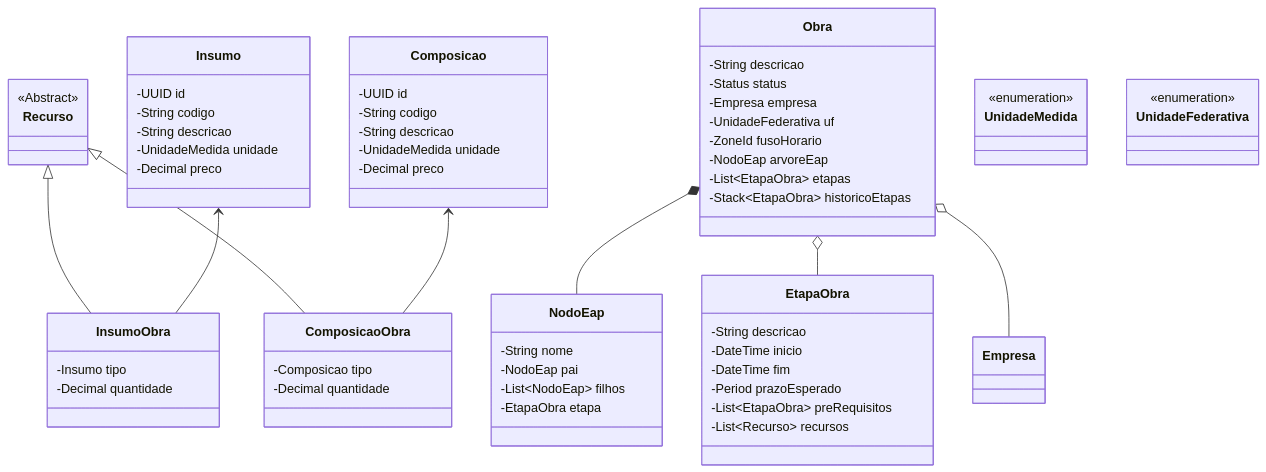
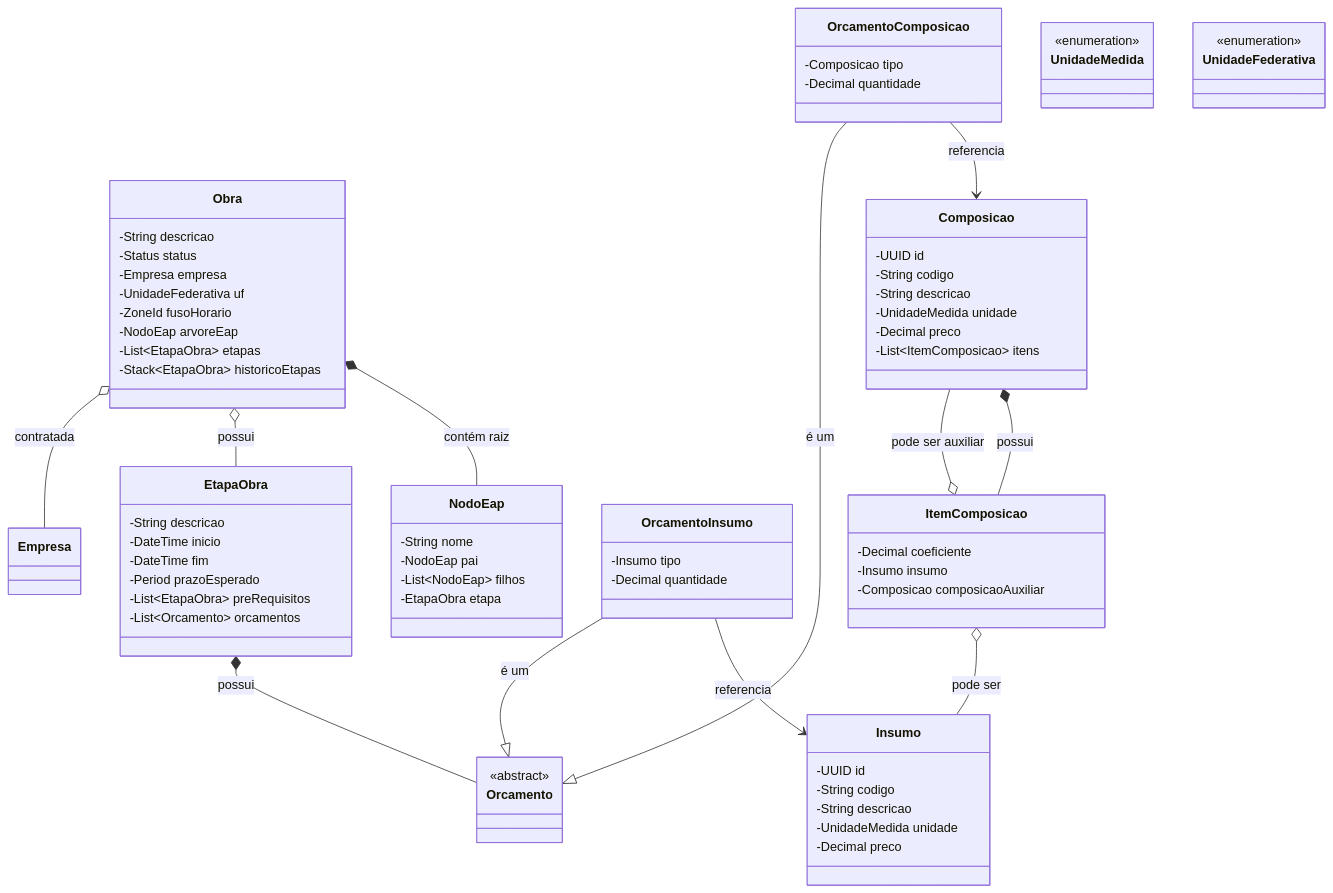
The diagram in api/docs/classes.mmd (aldcejam/concordia), drawn with Mermaid before and after one commit.

Commit message:
docs: aprimora diagrama de classes

```diff
--- a/api/docs/classes.mmd
+++ b/api/docs/classes.mmd
@@ -1,76 +1,91 @@
 classDiagram
-    Recurso <|-- InsumoObra
-    Recurso <|-- ComposicaoObra
-    Obra *-- NodoEap
-    Obra o-- EtapaObra
-    Insumo <-- InsumoObra
-    Composicao <-- ComposicaoObra
-    Obra o-- Empresa
+    Obra *-- NodoEap : contém raiz
+    Obra o-- EtapaObra : possui
+    Obra o-- Empresa : contratada
+
+    OrcamentoInsumo --> Insumo : referencia
+    OrcamentoComposicao --> Composicao : referencia
+
+    OrcamentoInsumo --|> Orcamento : é um
+    OrcamentoComposicao --|> Orcamento : é um
+
+    EtapaObra *-- Orcamento : possui
+
+    Composicao *-- ItemComposicao : possui
+    ItemComposicao o-- Insumo : pode ser
+    ItemComposicao o-- Composicao : pode ser auxiliar
 
         class Obra{
             -String descricao
             -Status status
             -Empresa empresa
             -UnidadeFederativa uf
             -ZoneId fusoHorario
             -NodoEap arvoreEap
             -List~EtapaObra~ etapas
             -Stack~EtapaObra~ historicoEtapas
         }
 
         class NodoEap {
             -String nome
             -NodoEap pai
             -List~NodoEap~ filhos
             -EtapaObra etapa
         }
 
         class EtapaObra{
             -String descricao
             -DateTime inicio
             -DateTime fim
             -Period prazoEsperado
             -List~EtapaObra~ preRequisitos
-            -List~Recurso~ recursos
-        }
-
-        class Recurso {
-            <<Abstract>>
+            -List~Orcamento~ orcamentos
         }
 
         class Insumo {
             -UUID id
             -String codigo
             -String descricao
             -UnidadeMedida unidade
             -Decimal preco
         }
 
         class Composicao {
             -UUID id
             -String codigo
             -String descricao
             -UnidadeMedida unidade
             -Decimal preco
+            -List~ItemComposicao~ itens
+        }
+
+        class ItemComposicao {
+            -Decimal coeficiente
+            -Insumo insumo
+            -Composicao composicaoAuxiliar
         }
 
         class UnidadeMedida {
         <<enumeration>>
         }
 
-        class InsumoObra {
+        class Orcamento {
+            <<abstract>>
+        }
+
+        class OrcamentoInsumo {
             -Insumo tipo
             -Decimal quantidade
         }
 
-        class ComposicaoObra {
+        class OrcamentoComposicao {
             -Composicao tipo
             -Decimal quantidade
         }
 
         class UnidadeFederativa {
             <<enumeration>>
         }
 
         class Empresa{
         }
```
